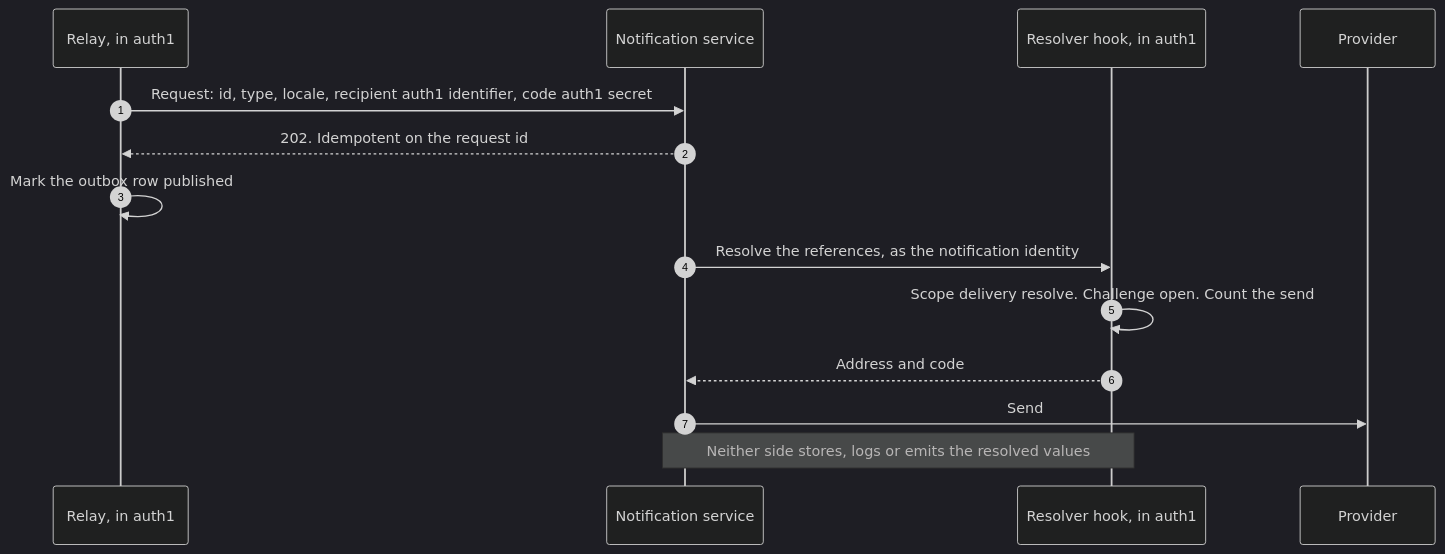
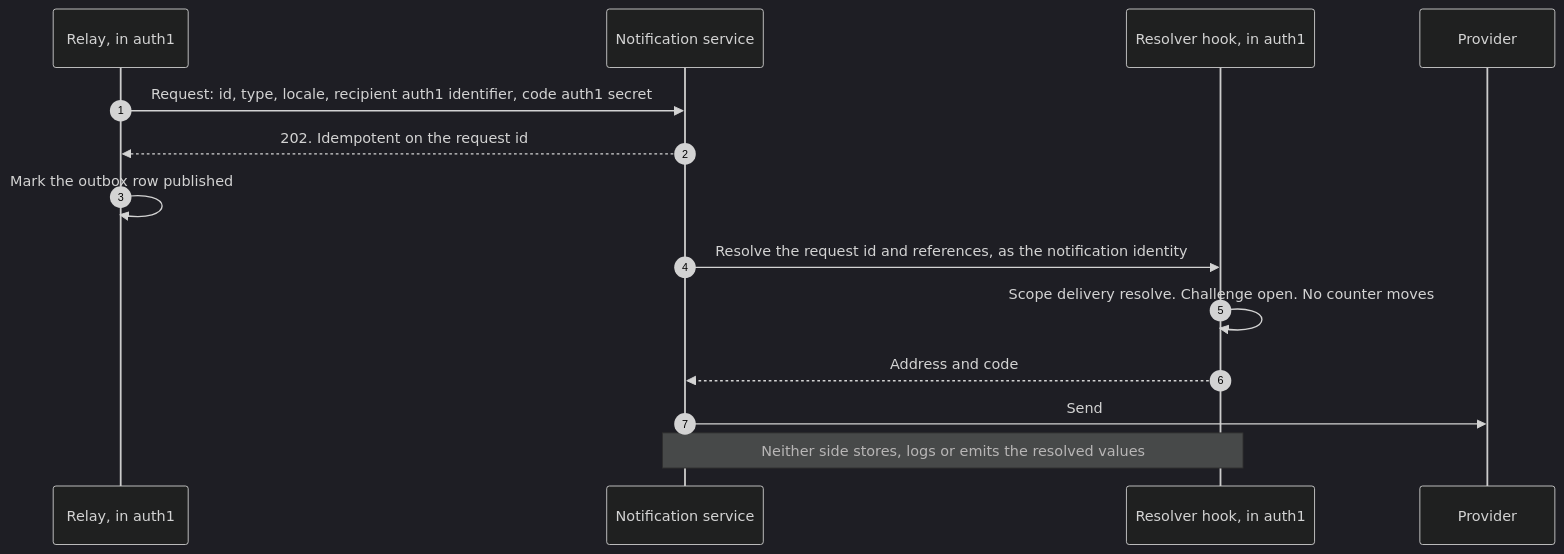
One commit to arafat-hasan/auth1 changed the sixth of 9 diagrams in docs/design.md. Above: the diagram before and after it, drawn with Mermaid (dark theme). The commit also changed other lines of this file and 1 other file, not shown here.

````diff
--- a/docs/design.md
+++ b/docs/design.md
@@ -734,16 +874,16 @@
 ```mermaid
 sequenceDiagram
   autonumber
   participant R as Relay, in auth1
   participant N as Notification service
   participant H as Resolver hook, in auth1
   participant P as Provider
   R->>N: Request: id, type, locale, recipient auth1 identifier, code auth1 secret
   N-->>R: 202. Idempotent on the request id
   R->>R: Mark the outbox row published
-  N->>H: Resolve the references, as the notification identity
-  H->>H: Scope delivery resolve. Challenge open. Count the send
+  N->>H: Resolve the request id and references, as the notification identity
+  H->>H: Scope delivery resolve. Challenge open. No counter moves
   H-->>N: Address and code
   N->>P: Send
   Note over N,H: Neither side stores, logs or emits the resolved values
 ```
````
